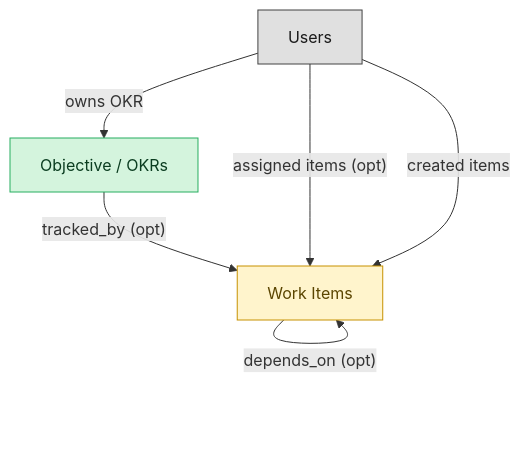
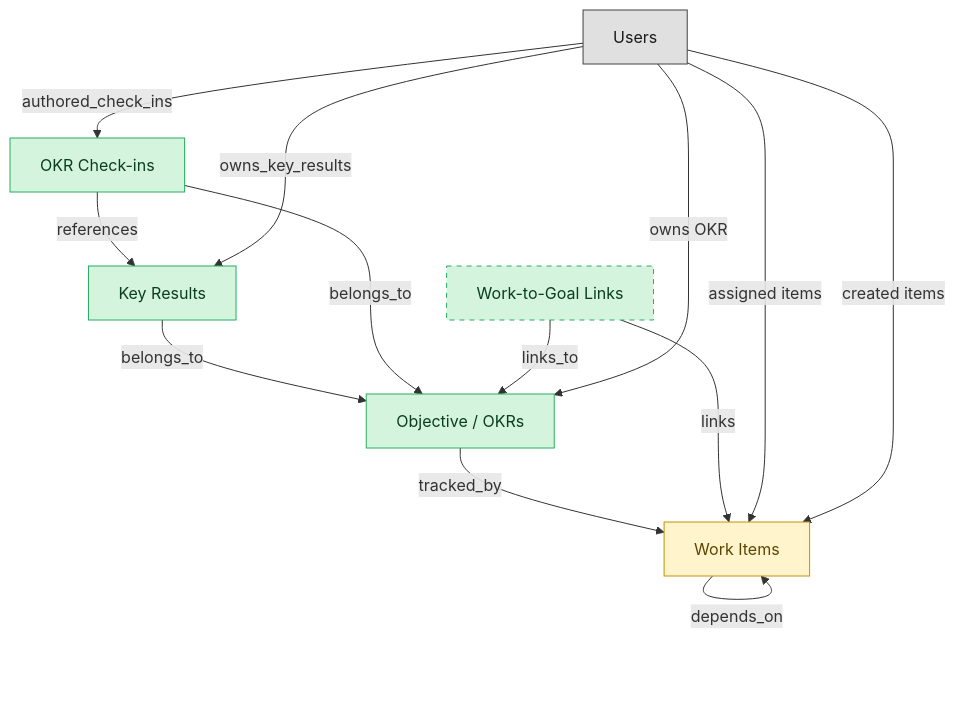
One commit to semantius/semantius changed the diagram in blueprints/work-mgmt-goals-okr-semantic-blueprint.md. Above: the diagram before and after it, drawn with Mermaid. The commit also changed other lines of this file and 255 other files, not shown here.

````diff
--- a/blueprints/work-mgmt-goals-okr-semantic-blueprint.md
+++ b/blueprints/work-mgmt-goals-okr-semantic-blueprint.md
@@ -27,17 +37,31 @@
 ```mermaid
 flowchart TD
   classDef master fill:#d4f4dd,stroke:#27ae60,color:#0b3d20;
   classDef embedded_master fill:#fff4cc,stroke:#c79100,color:#5b4500;
   classDef platform_builtin fill:#e0e0e0,stroke:#424242,color:#1a1a1a;
   okr_objectives["Objective / OKRs"]
   work_items["Work Items"]
+  okr_key_results["Key Results"]
+  okr_check_ins["OKR Check-ins"]
+  work_goal_links["Work-to-Goal Links"]
   users["Users"]
-  work_items -->|"depends_on (opt)"| work_items
-  okr_objectives -->|"tracked_by (opt)"| work_items
-  users -->|"assigned items (opt)"| work_items
+  okr_key_results -->|"belongs_to"| okr_objectives
+  okr_check_ins -->|"belongs_to"| okr_objectives
+  okr_check_ins -->|"references"| okr_key_results
+  work_items -->|"depends_on"| work_items
+  okr_objectives -->|"tracked_by"| work_items
+  work_goal_links -->|"links"| work_items
+  work_goal_links -->|"links_to"| okr_objectives
+  users -->|"owns_key_results"| okr_key_results
+  users -->|"authored_check_ins"| okr_check_ins
+  users -->|"assigned items"| work_items
   users -->|"created items"| work_items
   users -->|"owns OKR"| okr_objectives
   class okr_objectives master;
   class work_items embedded_master;
+  class okr_key_results master;
+  class okr_check_ins master;
+  class work_goal_links master;
   class users platform_builtin;
+  style work_goal_links stroke-dasharray:5 5;
 ```
````
